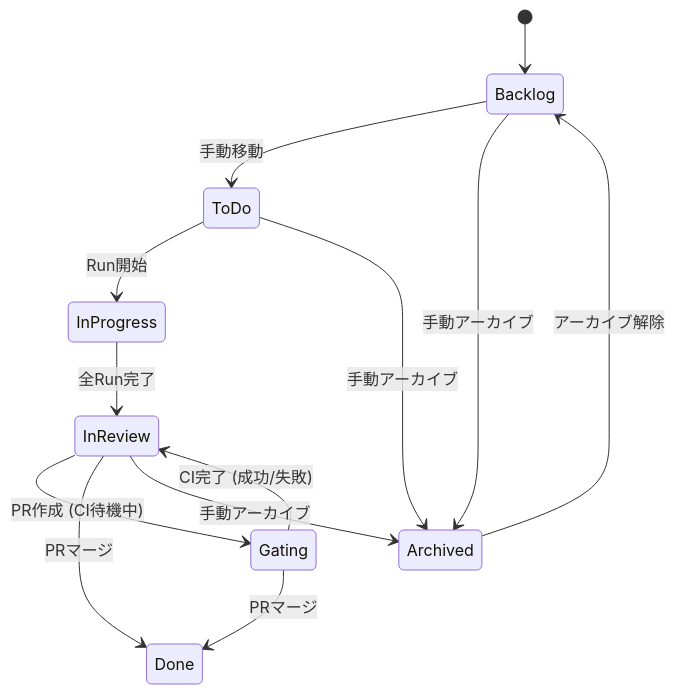
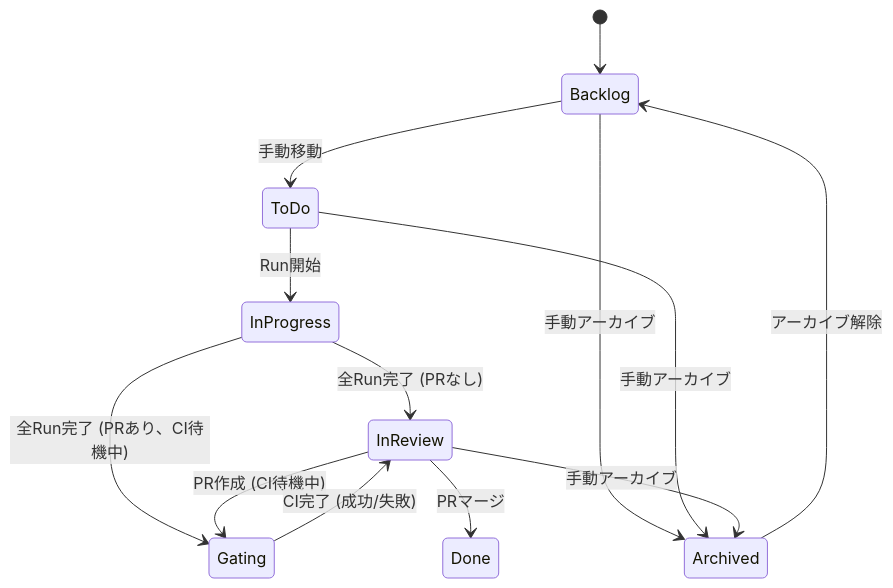
Before and after one commit to hampen2929/zloth: the diagram in docs/gating_status.md, drawn with Mermaid. The commit also changed other lines of this file, not shown here.

````diff
--- a/docs/gating_status.md
+++ b/docs/gating_status.md
@@ -9,16 +9,16 @@
 ```mermaid
 stateDiagram-v2
     [*] --> Backlog
     Backlog --> ToDo: 手動移動
     ToDo --> InProgress: Run開始
-    InProgress --> InReview: 全Run完了
+    InProgress --> InReview: 全Run完了 (PRなし)
+    InProgress --> Gating: 全Run完了 (PRあり、CI待機中)
     InReview --> Gating: PR作成 (CI待機中)
     Gating --> InReview: CI完了 (成功/失敗)
-    Gating --> Done: PRマージ
     InReview --> Done: PRマージ
 
     Backlog --> Archived: 手動アーカイブ
     ToDo --> Archived: 手動アーカイブ
     InReview --> Archived: 手動アーカイブ
     Archived --> Backlog: アーカイブ解除
 ```
````
